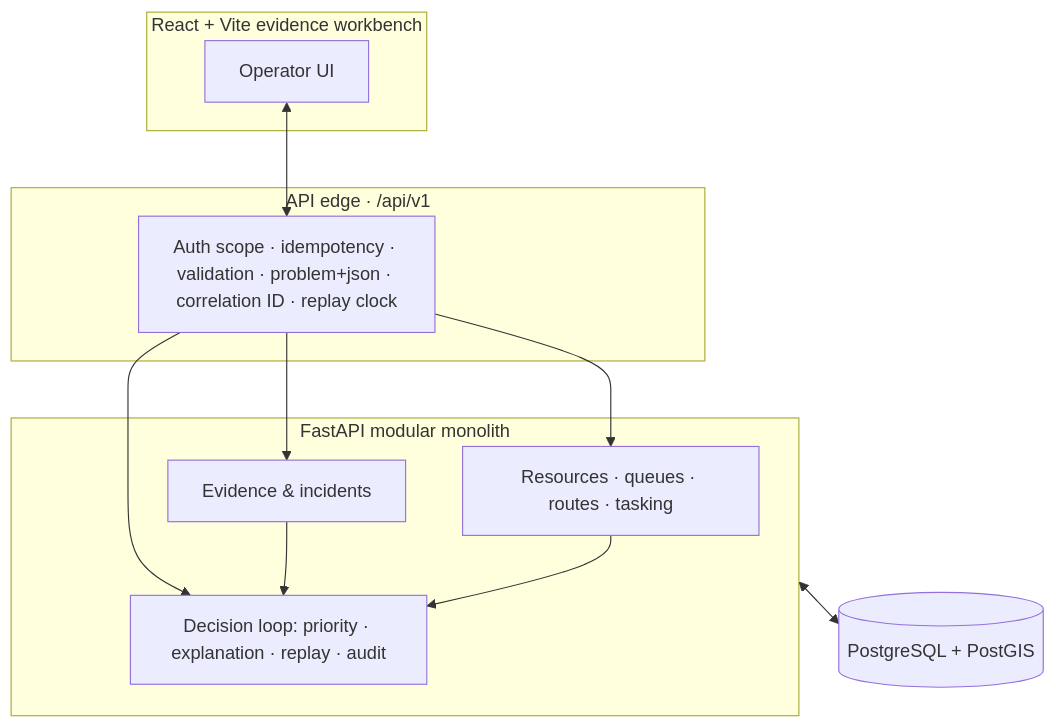
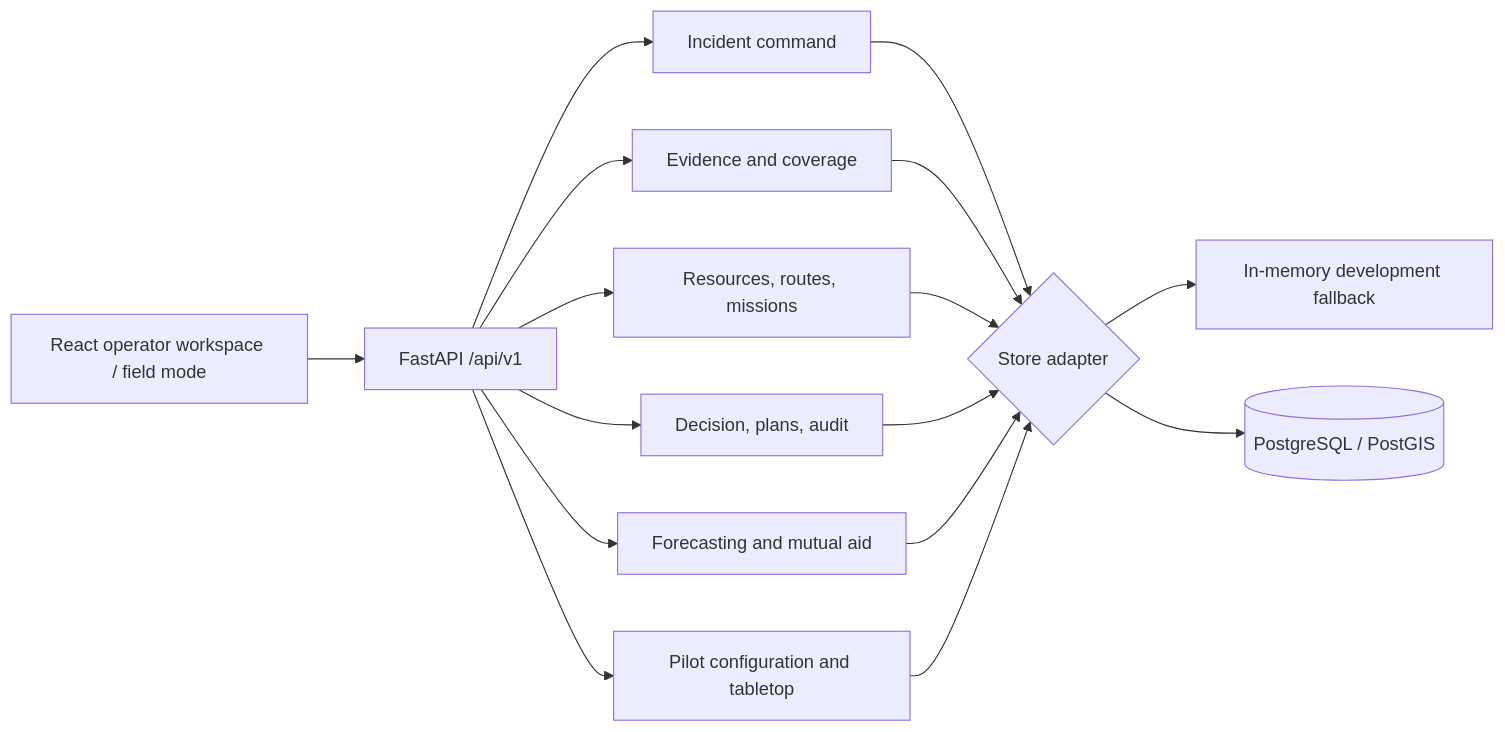
Before and after one commit to veenit-cell/DRISHTI: the diagram in README.md, drawn with Mermaid. The commit also changed other lines of this file and 63 other files, not shown here.

````diff
--- a/README.md
+++ b/README.md
@@ -102,22 +46,13 @@
 ```mermaid
-flowchart TB
-    subgraph Client["React + Vite evidence workbench"]
-      UI[Operator UI]
-    end
-    subgraph Edge["API edge  ·  /api/v1"]
-      B[Auth scope · idempotency · validation · problem+json · correlation ID · replay clock]
-    end
-    subgraph Monolith["FastAPI modular monolith"]
-      EV[Evidence & incidents]
-      OPS[Resources · queues · routes · tasking]
-      DEC[Decision loop: priority · explanation · replay · audit]
-    end
-    DB[("PostgreSQL + PostGIS")]
-    UI <--> B
-    B --> EV
-    B --> OPS
-    B --> DEC
-    EV --> DEC
-    OPS --> DEC
-    Monolith <--> DB
+flowchart LR
+  UI[React operator workspace / field mode] --> API[FastAPI /api/v1]
+  API --> IC[Incident command]
+  API --> EV[Evidence and coverage]
+  API --> OPS[Resources, routes, missions]
+  API --> DEC[Decision, plans, audit]
+  API --> AID[Forecasting and mutual aid]
+  API --> PILOT[Pilot configuration and tabletop]
+  IC & EV & OPS & DEC & AID & PILOT --> STORE{Store adapter}
+  STORE --> MEM[In-memory development fallback]
+  STORE --> PG[(PostgreSQL / PostGIS)]
 ```
````
